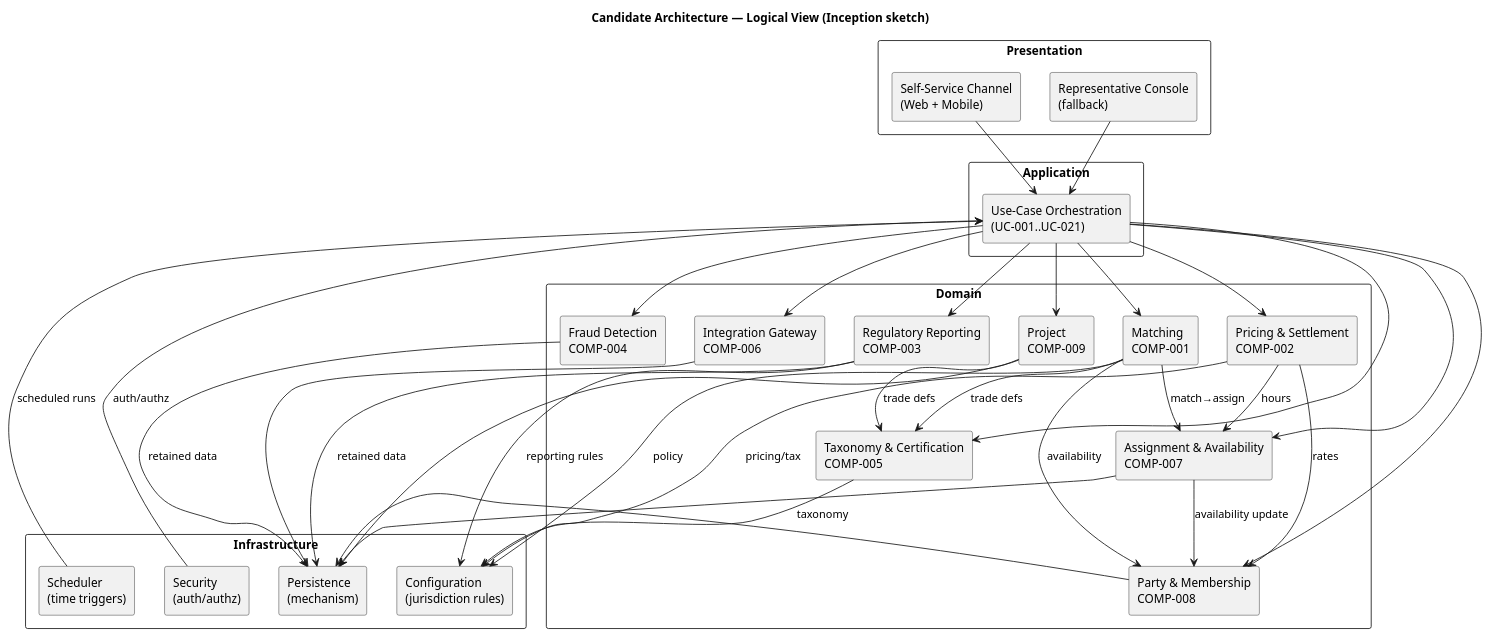
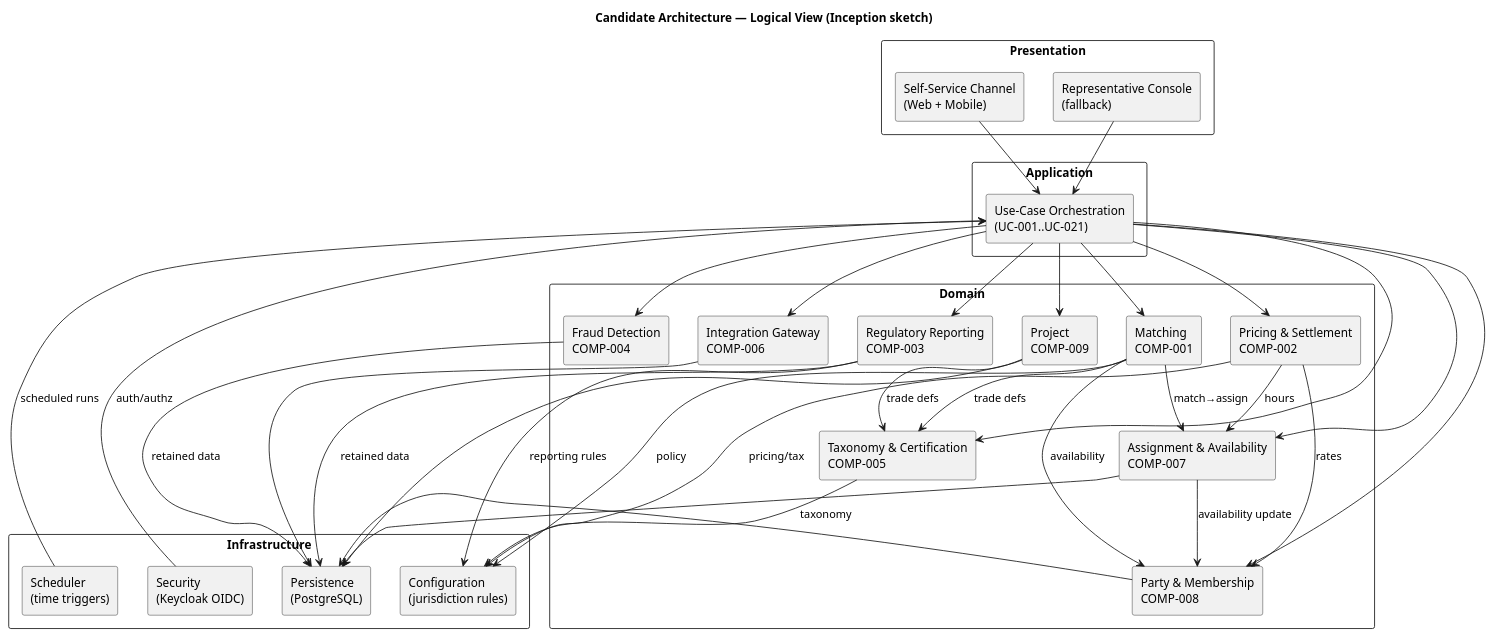
One commit to banense-test/trademe changed the first of 2 diagrams in docs/artifacts/analysis---design/software-architecture-document.md. Above: the diagram before and after it, drawn with PlantUML. The commit also changed other lines of this file, not shown here.

First line of the commit message:
Software Architect [I1]: upsert Software Architecture Document

````diff
--- a/docs/artifacts/analysis---design/software-architecture-document.md
+++ b/docs/artifacts/analysis---design/software-architecture-document.md
@@ -50,70 +55,70 @@
 ```plantuml
 @startuml
 skinparam componentStyle rectangle
 skinparam packageStyle rectangle
 title Candidate Architecture — Logical View (Inception sketch)
 
 package "Presentation" {
   component "Self-Service Channel\n(Web + Mobile)" as PRES_SS
   component "Representative Console\n(fallback)" as PRES_REP
 }
 
 package "Application" {
   component "Use-Case Orchestration\n(UC-001..UC-021)" as APP
 }
 
 package "Domain" {
   component "Matching\nCOMP-001" as C1
   component "Pricing & Settlement\nCOMP-002" as C2
   component "Regulatory Reporting\nCOMP-003" as C3
   component "Fraud Detection\nCOMP-004" as C4
   component "Taxonomy & Certification\nCOMP-005" as C5
   component "Integration Gateway\nCOMP-006" as C6
   component "Assignment & Availability\nCOMP-007" as C7
   component "Party & Membership\nCOMP-008" as C8
   component "Project\nCOMP-009" as C9
 }
 
 package "Infrastructure" {
-  component "Persistence\n(mechanism)" as I1
+  component "Persistence\n(PostgreSQL)" as I1
   component "Scheduler\n(time triggers)" as I2
   component "Configuration\n(jurisdiction rules)" as I3
-  component "Security\n(auth/authz)" as I4
+  component "Security\n(Keycloak OIDC)" as I4
 }
 
 PRES_SS --> APP
 PRES_REP --> APP
 APP --> C1
 APP --> C2
 APP --> C3
 APP --> C4
 APP --> C5
 APP --> C6
 APP --> C7
 APP --> C8
 APP --> C9
 
 C1 --> C7 : match→assign
 C1 --> C8 : availability
 C1 --> C5 : trade defs
 C2 --> C8 : rates
 C2 --> C7 : hours
 C7 --> C8 : availability update
 C9 --> C5 : trade defs
 
 C1 --> I3 : policy
 C2 --> I3 : pricing/tax
 C3 --> I3 : reporting rules
 C5 --> I3 : taxonomy
 
 C3 --> I1 : retained data
 C4 --> I1 : retained data
 C6 --> I1
 C7 --> I1
 C8 --> I1
 C9 --> I1
 
 I2 --> APP : scheduled runs
 I4 --> APP : auth/authz
 @enduml
 ```
````
